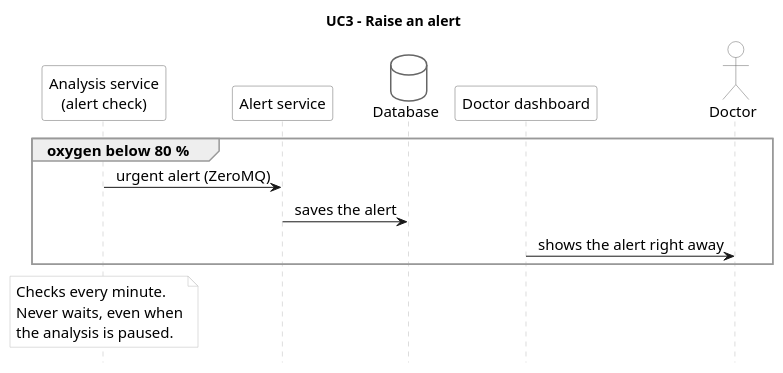
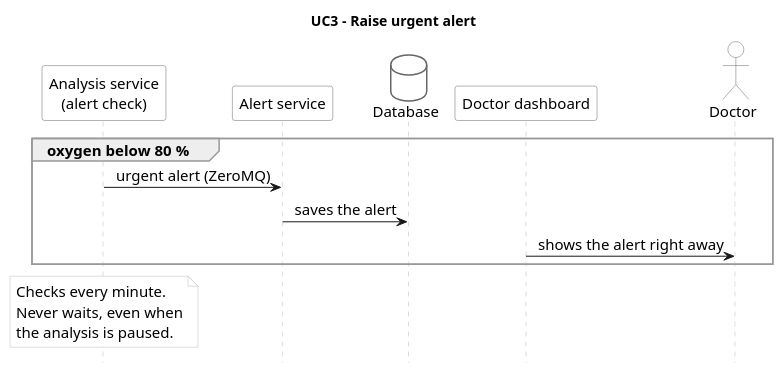
Before and after one commit to BarbaraKlimekTomatova/ACC1ILV-cloud-and-AI-infrastructure-for-sleep-apnea-detection-: the diagram in diagrams/sequences/10.11_A_UC3-raise-an-alert_v1.puml, drawn with PlantUML. The commit also changed 12 other files, not shown here.

Commit message:
diagrams: sequence diagrams match the use case diagram

```diff
--- a/diagrams/sequences/10.11_A_UC3-raise-an-alert_v1.puml
+++ b/diagrams/sequences/10.11_A_UC3-raise-an-alert_v1.puml
@@ -1,42 +1,42 @@
 @startuml UC3
 skinparam shadowing false
 skinparam defaultFontName Arial
 skinparam defaultFontSize 15
 skinparam sequenceMessageAlign center
 skinparam sequence {
   LifeLineBorderColor #BBBBBB
   ParticipantBorderColor #666666
   ParticipantBackgroundColor #FFFFFF
   ActorBorderColor #666666
   ActorBackgroundColor #FFFFFF
   GroupBorderColor #999999
 }
 skinparam database {
   BorderColor #666666
   BackgroundColor #FFFFFF
 }
 skinparam queue {
   BorderColor #666666
   BackgroundColor #FFFFFF
 }
 skinparam note {
   BorderColor #BBBBBB
   BackgroundColor #FFFFFF
 }
 hide footbox
-title UC3 – Raise an alert
+title UC3 – Raise urgent alert
 
 participant "Analysis service\n(alert check)" as DET
 participant "Alert service" as ALR
 database "Database" as DB
 participant "Doctor dashboard" as DASH
 actor "Doctor" as DOC
 
 group oxygen below 80 %
   DET -> ALR : urgent alert (ZeroMQ)
   ALR -> DB : saves the alert
   DASH -> DOC : shows the alert right away
 end
 
 note over DET : Checks every minute.\nNever waits, even when\nthe analysis is paused.
 @enduml
```
